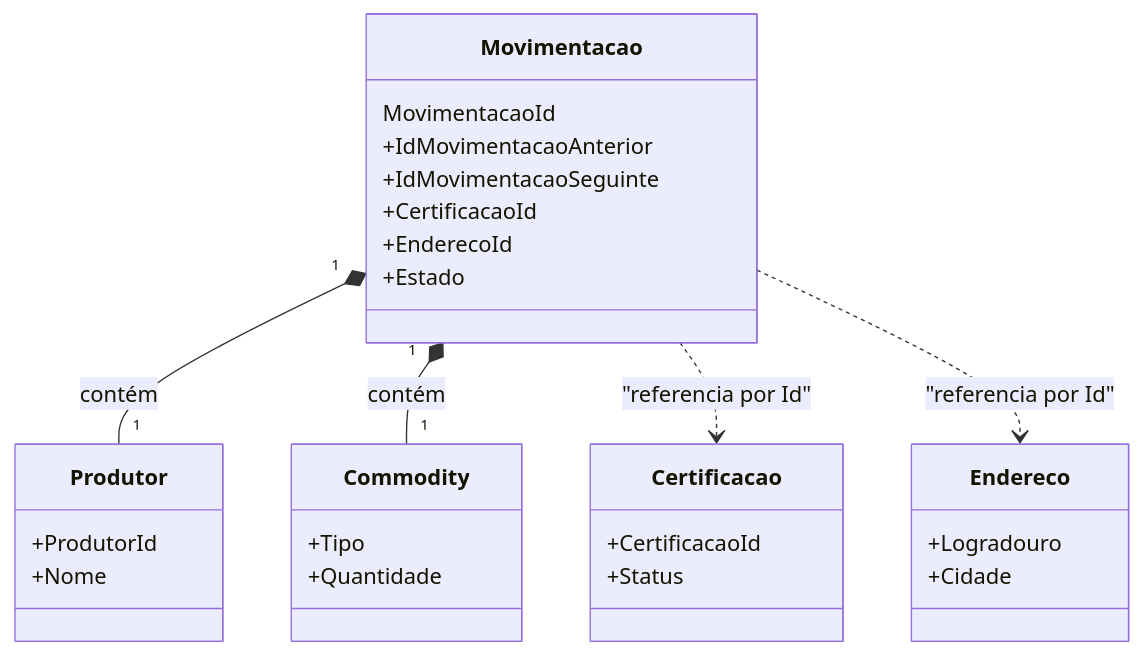
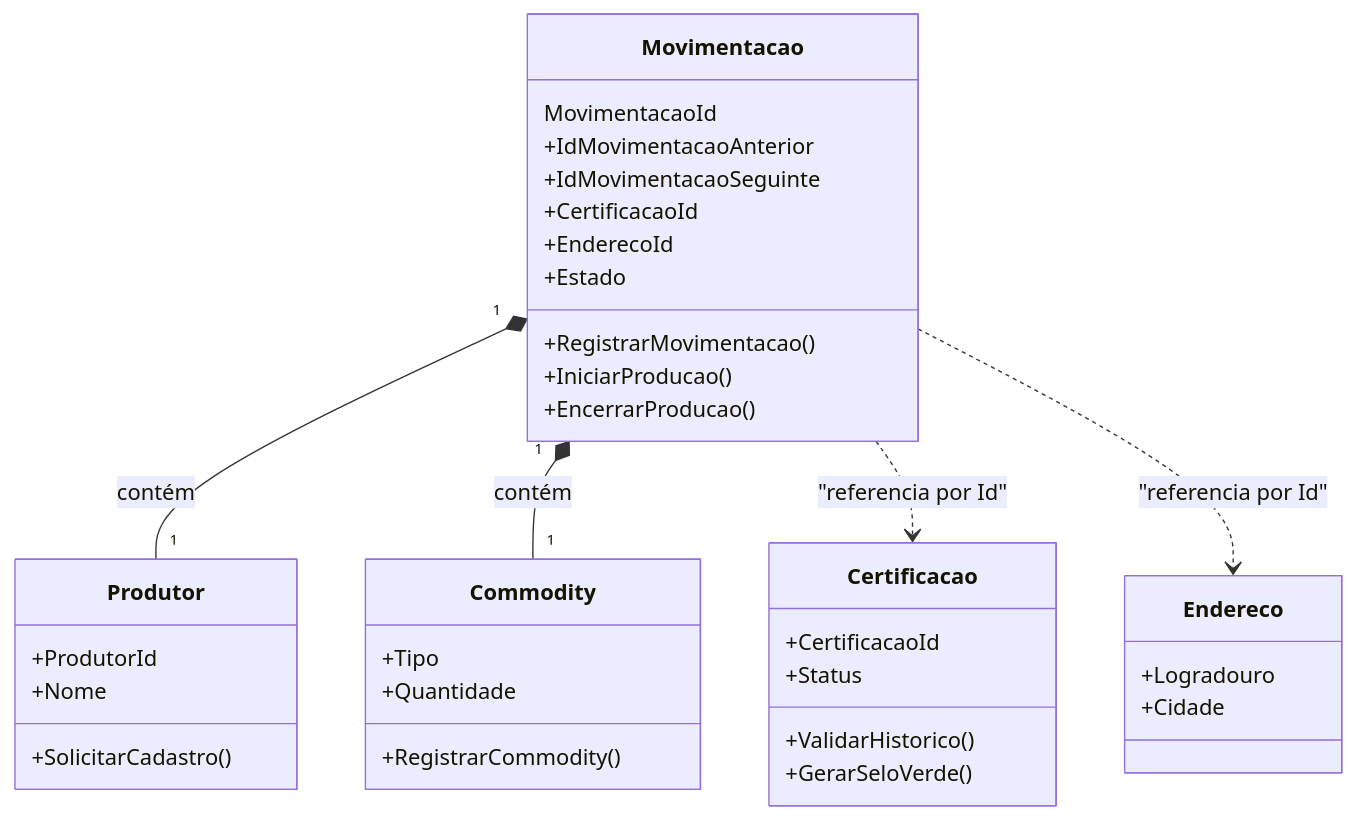
Before and after one commit to gsvalgreen/97AOJ-DDD: the diagram in AtividadeTres/README.md, drawn with Mermaid.

Commit message:
Atualiza diagrama de domínio

````diff
--- a/AtividadeTres/README.md
+++ b/AtividadeTres/README.md
@@ -109,32 +109,39 @@
 ```mermaid
 classDiagram
     direction TB
     class Movimentacao {
         MovimentacaoId
         +IdMovimentacaoAnterior
         +IdMovimentacaoSeguinte
         +CertificacaoId
         +EnderecoId
         +Estado
+        +RegistrarMovimentacao()
+        +IniciarProducao()
+        +EncerrarProducao()
     }
     class Produtor {
         +ProdutorId
         +Nome
+        +SolicitarCadastro()
     }
     class Commodity {
         +Tipo
         +Quantidade
+        +RegistrarCommodity()
     }
     class Certificacao {
         +CertificacaoId
         +Status
+        +ValidarHistorico()
+        +GerarSeloVerde()
     }
     class Endereco {
         +Logradouro
         +Cidade
     }
     Movimentacao "1" *-- "1" Produtor: contém
     Movimentacao "1" *-- "1" Commodity: contém
     Movimentacao ..> Certificacao: "referencia por Id"
     Movimentacao ..> Endereco: "referencia por Id"
 ```
````
